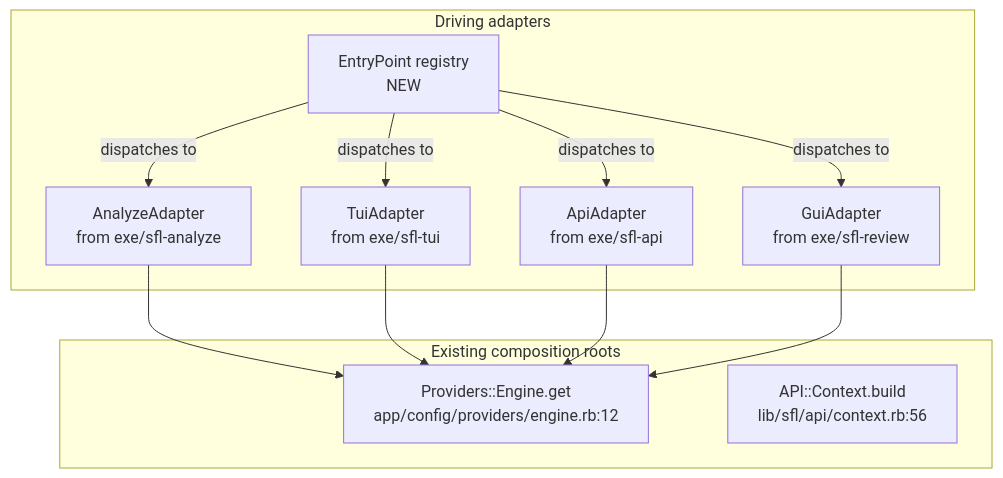
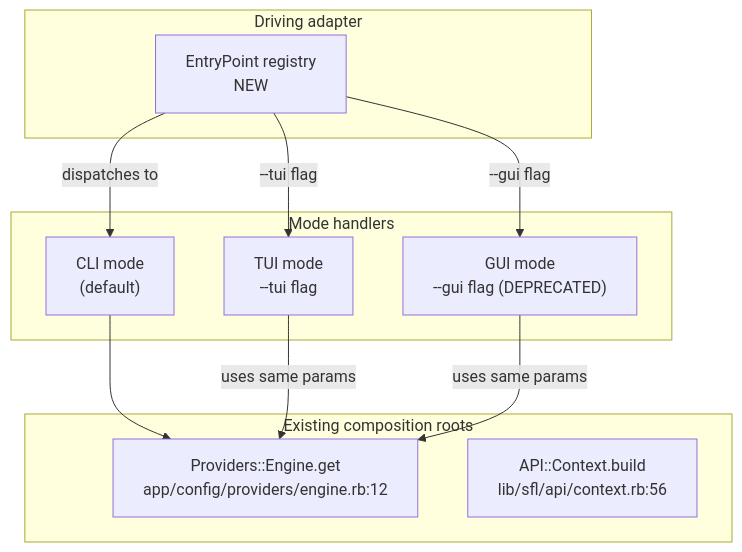
Before and after one commit to b08x/sfl-engine: the diagram in docs/refactor/CLI-HEXAGON-USER-STORIES.md, drawn with Mermaid. The commit also changed other lines of this file, not shown here.

````diff
--- a/docs/refactor/CLI-HEXAGON-USER-STORIES.md
+++ b/docs/refactor/CLI-HEXAGON-USER-STORIES.md
@@ -87,24 +94,24 @@
 ```mermaid
 flowchart TB
-  subgraph DRIVING["Driving adapters"]
+  subgraph DRIVING["Driving adapter"]
     ENTRY["EntryPoint registry<br/>NEW"]
-    ANALYZE["AnalyzeAdapter<br/>from exe/sfl-analyze"]
-    TUI["TuiAdapter<br/>from exe/sfl-tui"]
-    API["ApiAdapter<br/>from exe/sfl-api"]
-    GUI["GuiAdapter<br/>from exe/sfl-review"]
+  end
+
+  subgraph MODES["Mode handlers"]
+    CLI["CLI mode<br/>(default)"]
+    TUI["TUI mode<br/>--tui flag"]
+    GUI["GUI mode<br/>--gui flag (DEPRECATED)"]
   end
 
   subgraph ROOT["Existing composition roots"]
     PRV["Providers::Engine.get<br/>app/config/providers/engine.rb:12"]
     CTX["API::Context.build<br/>lib/sfl/api/context.rb:56"]
   end
 
-  ENTRY -->|"dispatches to"| ANALYZE
-  ENTRY -->|"dispatches to"| TUI
-  ENTRY -->|"dispatches to"| API
-  ENTRY -->|"dispatches to"| GUI
-  ANALYZE --> PRV
-  TUI --> PRV
-  API --> PRV
-  GUI --> PRV
+  ENTRY -->|"dispatches to"| CLI
+  ENTRY -->|"--tui flag"| TUI
+  ENTRY -->|"--gui flag"| GUI
+  CLI --> PRV
+  TUI -->|"uses same params"| PRV
+  GUI -->|"uses same params"| PRV
 ```
````
